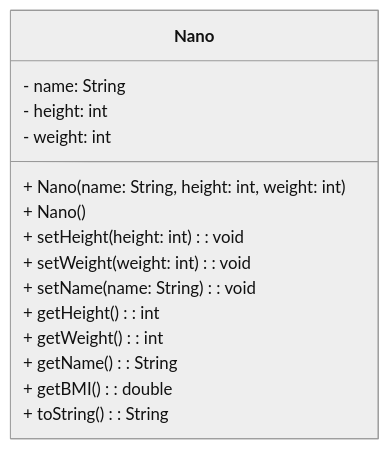
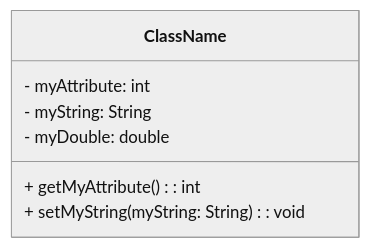
One commit to C4lopsitta/notes changed the diagram in IT/Object Oriented Programming.md. Above: the diagram before and after it, drawn with Mermaid (neutral theme). The commit also changed other lines of this file and 5 other files, not shown here.

````diff
--- a/IT/Object Oriented Programming.md
+++ b/IT/Object Oriented Programming.md
@@ -13,18 +11,10 @@
 ```mermaid
 classDiagram
-	class Nano{
-		- name: String
-		- height: int
-		- weight: int
-		+ Nano(name: String, height: int, weight: int)
-		+ Nano()
-		+ setHeight(height: int): void
-		+ setWeight(weight: int): void
-		+ setName(name: String): void
-		+ getHeight(): int
-		+ getWeight(): int
-		+ getName(): String
-		+ getBMI(): double
-		+ toString(): String
-	}
+class ClassName{
+	- myAttribute: int
+	- myString: String
+	- myDouble: double
+	+ getMyAttribute() : int
+	+ setMyString(myString: String) : void
+}
 ```
````
